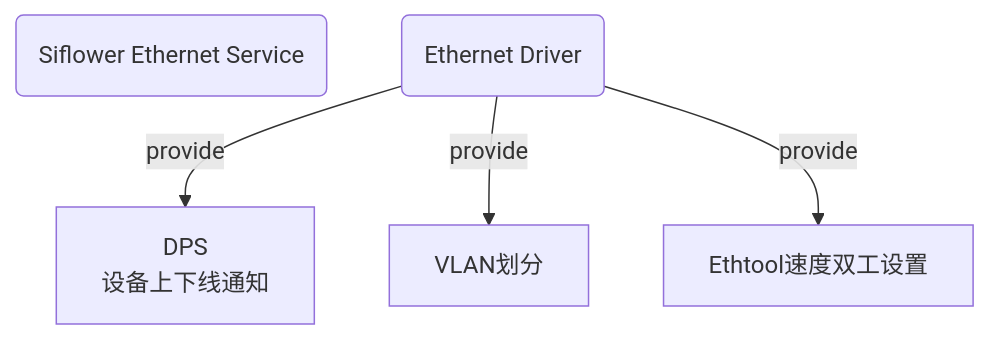
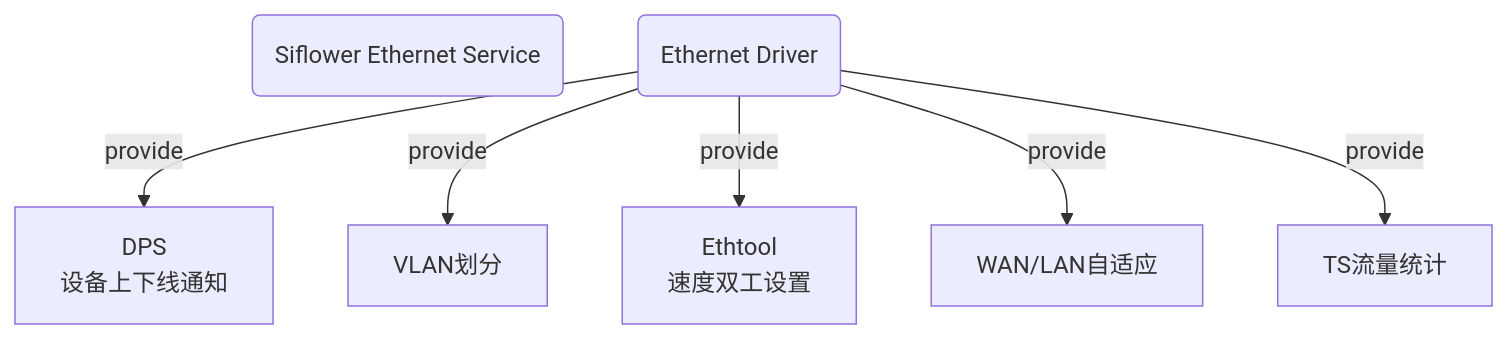
The second of 3 diagrams in _posts/blog/linux/2020-09-08-ethernetGuide.md (Siflower/siflower.github.io), drawn with Mermaid before and after one commit. The commit also changed other lines of this file, not shown here.

Commit message:
RM#8700 update ethernet guide doc

````diff
--- a/_posts/blog/linux/2020-09-08-ethernetGuide.md
+++ b/_posts/blog/linux/2020-09-08-ethernetGuide.md
@@ -48,7 +53,9 @@
 ```mermaid
 graph TB
   title(Siflower Ethernet Service)
   A(Ethernet Driver) --> |provide| B[DPS<br>设备上下线通知]
   A(Ethernet Driver) --> |provide| C[VLAN划分]
-  A(Ethernet Driver) --> |provide| D[Ethtool速度双工设置]
+  A(Ethernet Driver) --> |provide| D[Ethtool<br>速度双工设置]
+  A(Ethernet Driver) --> |provide| E[WAN/LAN自适应]
+  A(Ethernet Driver) --> |provide| F[TS流量统计]
 ```
````
